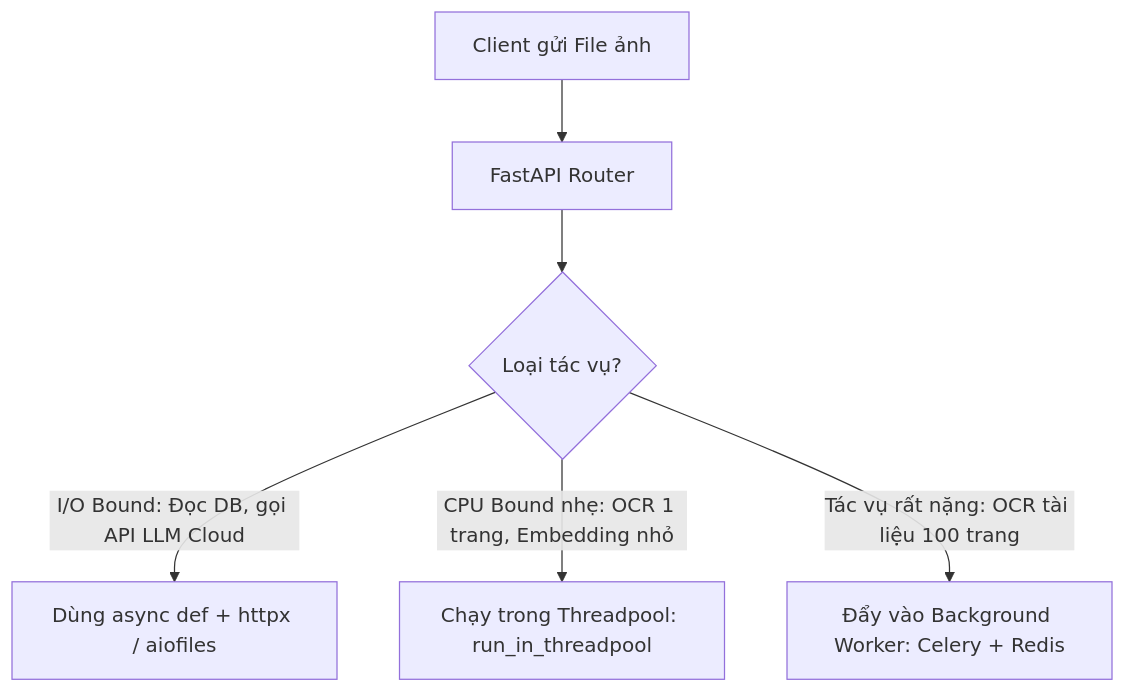
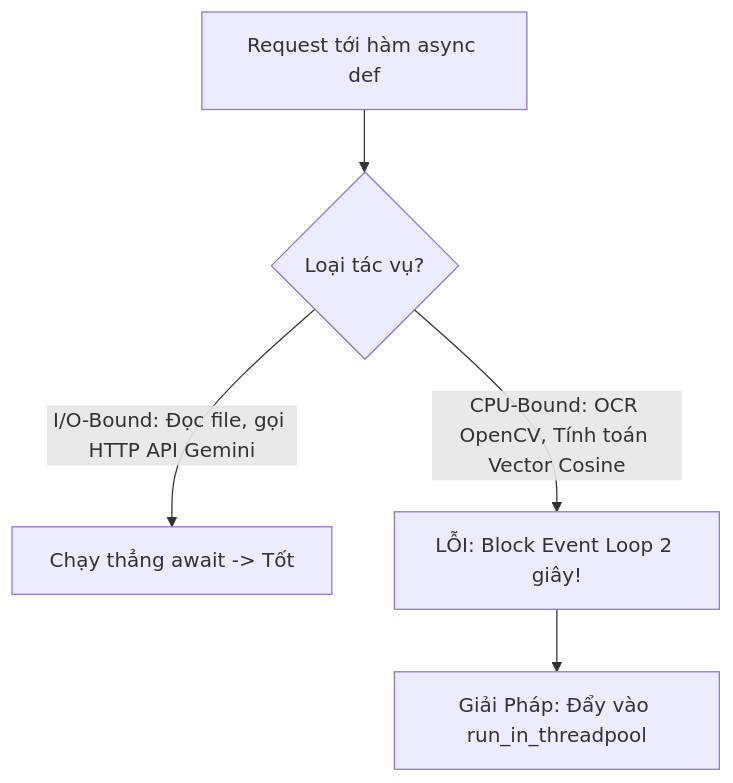
The second of 2 diagrams in learning/04-kien-truc-fastapi-va-backend.md (MinhLight2406/OCR_RAG__FastAPI), drawn with Mermaid before and after one commit. The commit also changed other lines of this file and 6 other files, not shown here.

Commit message:
feat(api): package complete OCR and RAG system into FastAPI REST endpoints, OpenAPI Swagger UI, test suite, and deep-dive guide

````diff
--- a/learning/04-kien-truc-fastapi-va-backend.md
+++ b/learning/04-kien-truc-fastapi-va-backend.md
@@ -26,8 +123,7 @@
 ```mermaid
-graph TD
-    Request[Client gửi File ảnh] --> Router[FastAPI Router]
-    Router --> Check{Loại tác vụ?}
-    Check -->|I/O Bound: Đọc DB, gọi API LLM Cloud| Async[Dùng async def + httpx / aiofiles]
-    Check -->|CPU Bound nhẹ: OCR 1 trang, Embedding nhỏ| ThreadPool[Chạy trong Threadpool: run_in_threadpool]
-    Check -->|Tác vụ rất nặng: OCR tài liệu 100 trang| TaskQueue[Đẩy vào Background Worker: Celery + Redis]
+flowchart TD
+    Req[Request tới hàm async def] --> Check{Loại tác vụ?}
+    Check -->|I/O-Bound: Đọc file, gọi HTTP API Gemini| AsyncOk[Chạy thẳng await -> Tốt]
+    Check -->|CPU-Bound: OCR OpenCV, Tính toán Vector Cosine| Block[LỖI: Block Event Loop 2 giây!]
+    Block --> Solution[Giải Pháp: Đẩy vào run_in_threadpool]
 ```
````
